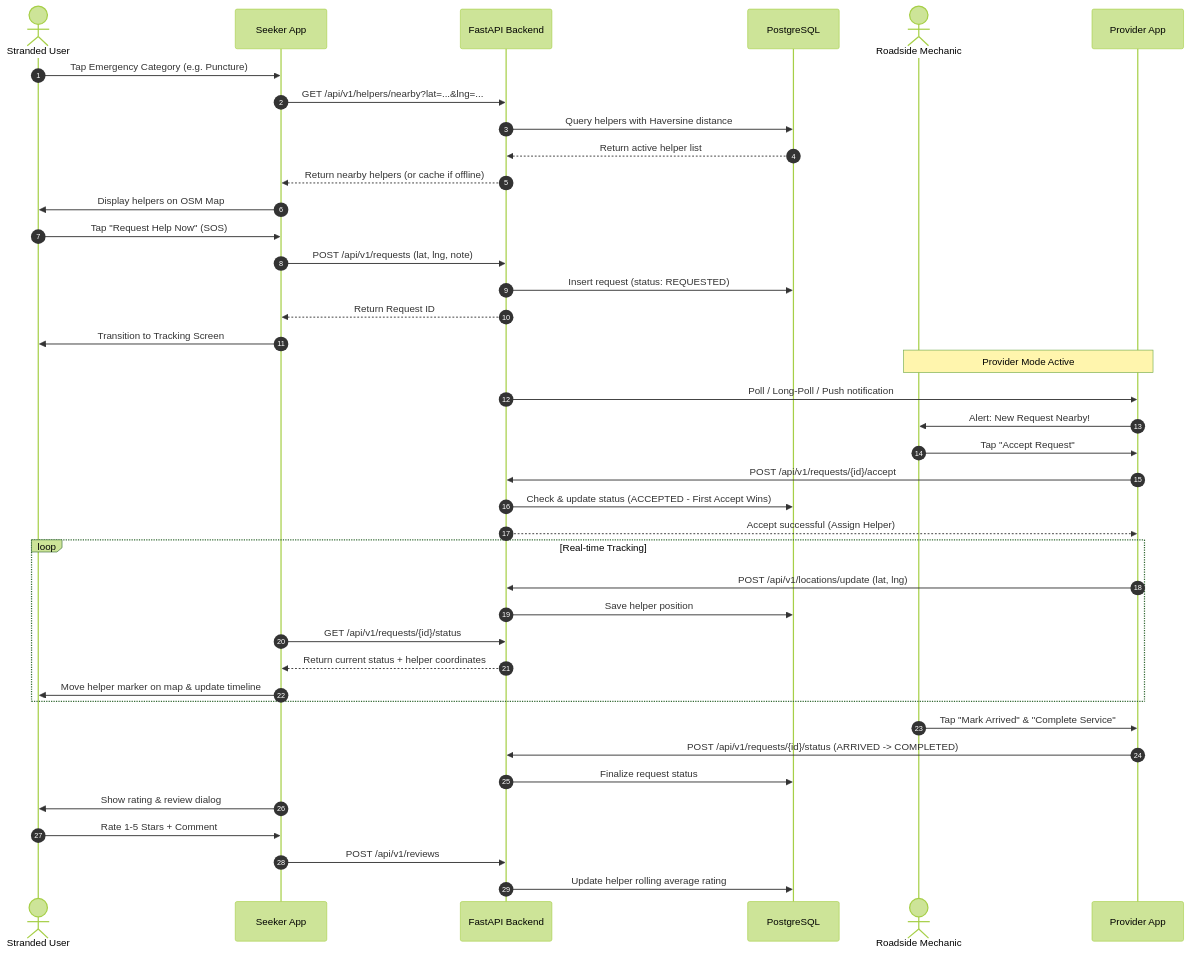
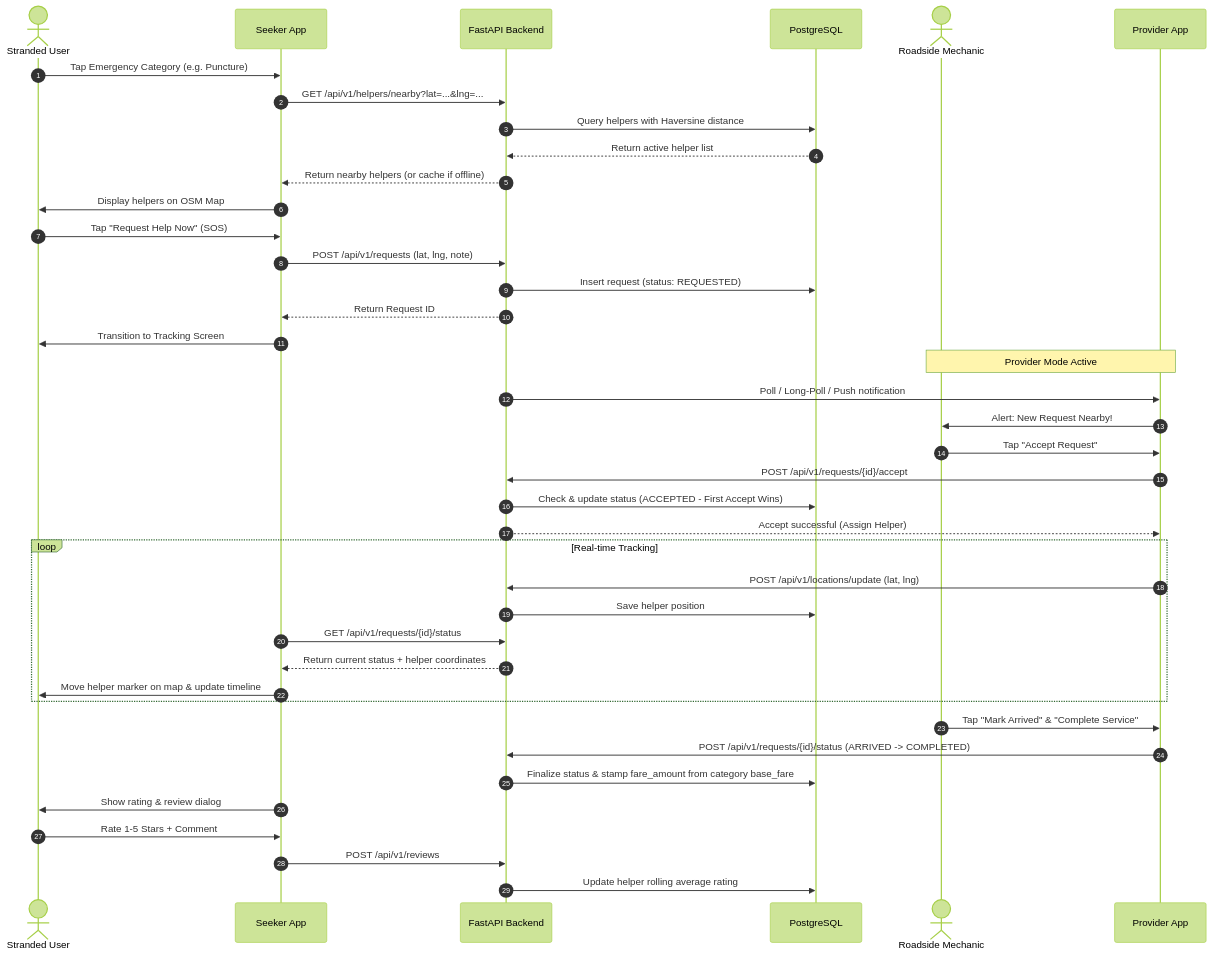
Before and after one commit to venkatarunnreddy4518/Road_sos: the second of 2 diagrams in README.md, drawn with Mermaid (forest theme). The commit also changed other lines of this file, not shown here.

````diff
--- a/README.md
+++ b/README.md
@@ -61,47 +75,47 @@
 ```mermaid
 sequenceDiagram
     autonumber
     actor Seeker as Stranded User
     participant App as Seeker App
     participant BE as FastAPI Backend
     participant DB as PostgreSQL
     actor Helper as Roadside Mechanic
     participant ProvApp as Provider App
 
     Seeker->>App: Tap Emergency Category (e.g. Puncture)
     App->>BE: GET /api/v1/helpers/nearby?lat=...&lng=...
     BE->>DB: Query helpers with Haversine distance
     DB-->>BE: Return active helper list
     BE-->>App: Return nearby helpers (or cache if offline)
     App->>Seeker: Display helpers on OSM Map
 
     Seeker->>App: Tap "Request Help Now" (SOS)
     App->>BE: POST /api/v1/requests (lat, lng, note)
     BE->>DB: Insert request (status: REQUESTED)
     BE-->>App: Return Request ID
     App->>Seeker: Transition to Tracking Screen
 
     Note over ProvApp, Helper: Provider Mode Active
     BE->>ProvApp: Poll / Long-Poll / Push notification
     ProvApp->>Helper: Alert: New Request Nearby!
     Helper->>ProvApp: Tap "Accept Request"
     ProvApp->>BE: POST /api/v1/requests/{id}/accept
     BE->>DB: Check & update status (ACCEPTED - First Accept Wins)
     BE-->>ProvApp: Accept successful (Assign Helper)
     
     loop Real-time Tracking
         ProvApp->>BE: POST /api/v1/locations/update (lat, lng)
         BE->>DB: Save helper position
         App->>BE: GET /api/v1/requests/{id}/status
         BE-->>App: Return current status + helper coordinates
         App->>Seeker: Move helper marker on map & update timeline
     end
 
     Helper->>ProvApp: Tap "Mark Arrived" & "Complete Service"
     ProvApp->>BE: POST /api/v1/requests/{id}/status (ARRIVED -> COMPLETED)
-    BE->>DB: Finalize request status
+    BE->>DB: Finalize status & stamp fare_amount from category base_fare
     App->>Seeker: Show rating & review dialog
     Seeker->>App: Rate 1-5 Stars + Comment
     App->>BE: POST /api/v1/reviews
     BE->>DB: Update helper rolling average rating
 ```
````
